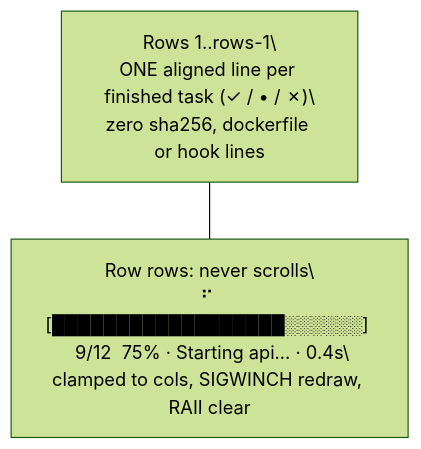
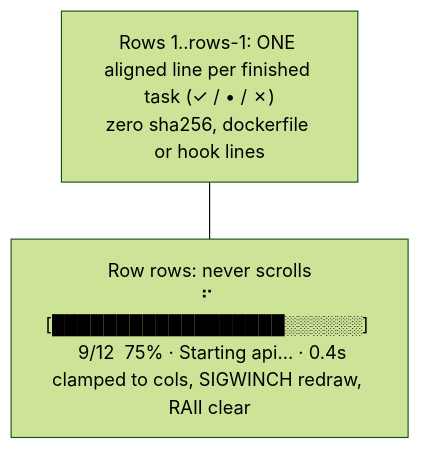
One commit to OffworldNexus/slipfork changed the second of 2 diagrams in specs/02-cli-ux.md. Above: the diagram before and after it, drawn with Mermaid (forest theme). The commit also changed other lines of this file and 7 other files, not shown here.

````diff
--- a/specs/02-cli-ux.md
+++ b/specs/02-cli-ux.md
@@ -65,6 +102,6 @@
 ```mermaid
 flowchart TD
-  Region["Rows 1..rows-1\\nONE aligned line per finished task (✓ / • / ✗)\\nzero sha256, dockerfile or hook lines"]
-  Panel["Row rows: never scrolls\\n⠋ [██████████████████░░░░░░]  9/12  75% · Starting api… · 0.4s\\nclamped to cols, SIGWINCH redraw, RAII clear"]
+  Region["Rows 1..rows-1: ONE aligned line per finished task (✓ / • / ✗)<br/>zero sha256, dockerfile or hook lines"]
+  Panel["Row rows: never scrolls<br/>⠋ [██████████████████░░░░░░]  9/12  75% · Starting api… · 0.4s<br/>clamped to cols, SIGWINCH redraw, RAII clear"]
   Region --- Panel
 ```
````
